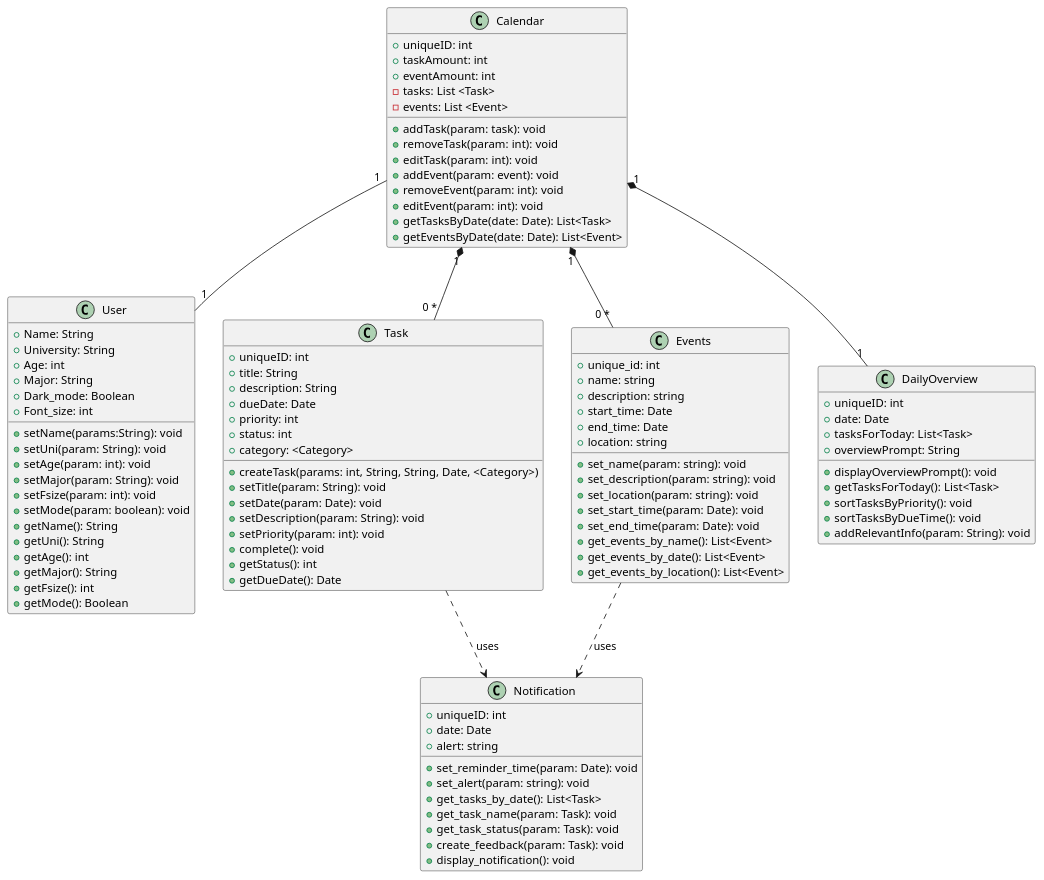
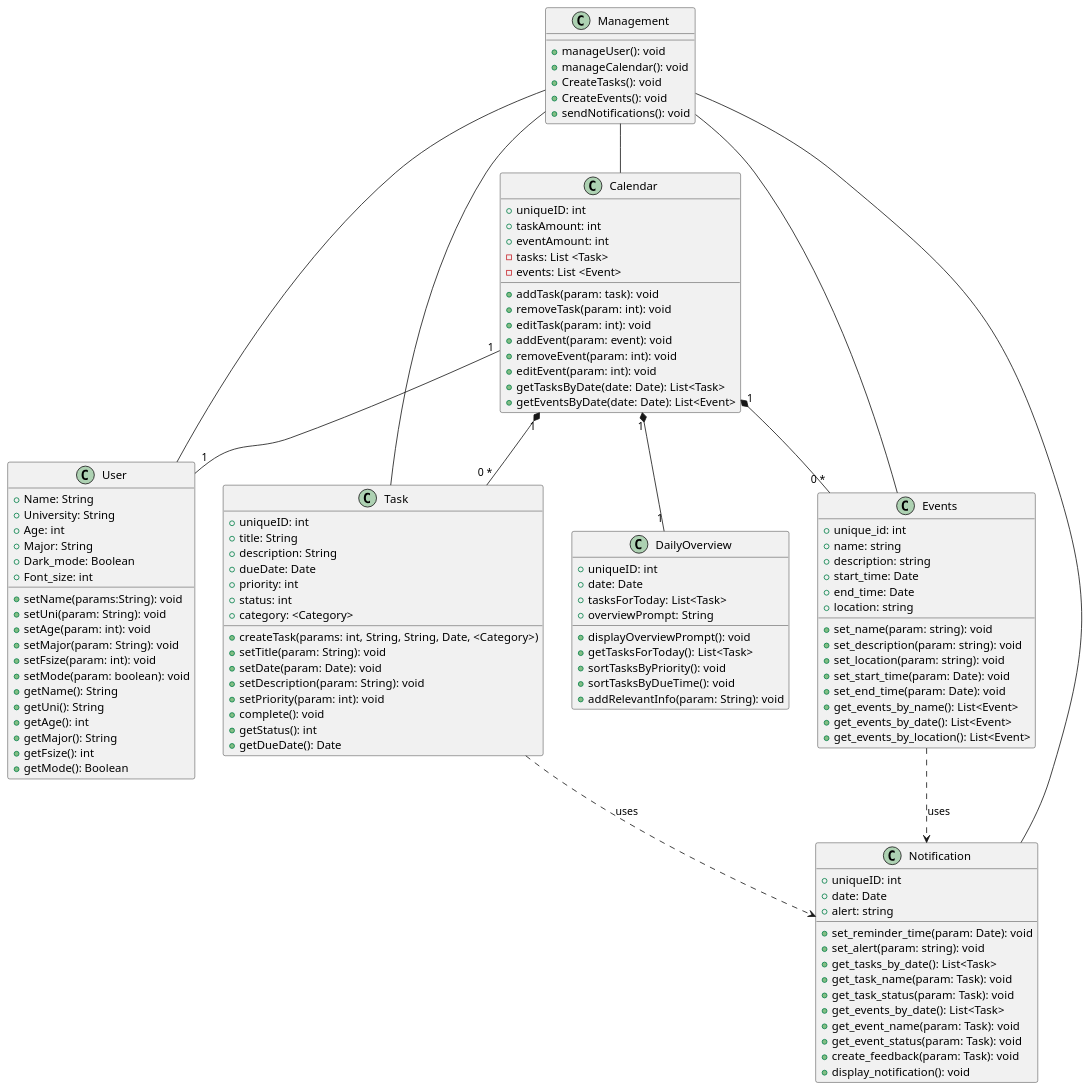
The diagram in assignment6/Diagram.puml (CS361-2024Fall-Term/Innovators), drawn with PlantUML before and after one commit.

Commit message:
add management class

```diff
--- a/assignment6/Diagram.puml
+++ b/assignment6/Diagram.puml
@@ -1,111 +1,128 @@
 @startuml
 
 class User {
   +Name: String
   +University: String
   +Age: int
   +Major: String
   +Dark_mode: Boolean
   +Font_size: int
   +setName(params:String): void
   +setUni(param: String): void
   +setAge(param: int): void
   +setMajor(param: String): void
   +setFsize(param: int): void
   +setMode(param: boolean): void
   +getName(): String
   +getUni(): String
   +getAge(): int
   +getMajor(): String
   +getFsize(): int
   +getMode(): Boolean
  
 }
 
 class Calendar{
   +uniqueID: int  
   +taskAmount: int
   +eventAmount: int
   -tasks: List <Task>
   -events: List <Event>
   +addTask(param: task): void
   +removeTask(param: int): void
   +editTask(param: int): void
   +addEvent(param: event): void
   +removeEvent(param: int): void
   +editEvent(param: int): void
   +getTasksByDate(date: Date): List<Task>
   +getEventsByDate(date: Date): List<Event>
 }
 
 class Task {
   +uniqueID: int
   +title: String
   +description: String
   +dueDate: Date
   +priority: int
   +status: int
   +category: <Category>
   +createTask(params: int, String, String, Date, <Category>)
   +setTitle(param: String): void
   +setDate(param: Date): void
   +setDescription(param: String): void
   +setPriority(param: int): void
   +complete(): void
   +getStatus(): int
   +getDueDate(): Date
 }
 
 class Notification {
   +uniqueID: int  
   +date: Date
   +alert: string
   
   +set_reminder_time(param: Date): void
   +set_alert(param: string): void
   +get_tasks_by_date(): List<Task>
   +get_task_name(param: Task): void
   +get_task_status(param: Task): void
+  +get_events_by_date(): List<Task>
+  +get_event_name(param: Task): void
+  +get_event_status(param: Task): void
   +create_feedback(param: Task): void
   +display_notification(): void
 }
 
 class Events {
   +unique_id: int  
   +name: string
   +description: string
   +start_time: Date
   +end_time: Date
   +location: string
   +set_name(param: string): void
   +set_description(param: string): void
   +set_location(param: string): void
   +set_start_time(param: Date): void
   +set_end_time(param: Date): void
   +get_events_by_name(): List<Event>
   +get_events_by_date(): List<Event>
   +get_events_by_location(): List<Event>
 }
 
 class DailyOverview {
     +uniqueID: int
     +date: Date
     +tasksForToday: List<Task>
     +overviewPrompt: String
 
     +displayOverviewPrompt(): void
     +getTasksForToday(): List<Task>
     +sortTasksByPriority(): void
     +sortTasksByDueTime(): void
     +addRelevantInfo(param: String): void
 }
 
+class Management {
+  +manageUser(): void
+  +manageCalendar(): void
+  +CreateTasks(): void
+  +CreateEvents(): void
+  +sendNotifications(): void
+}
+
+Management -- User
+Management -- Calendar
+Management -- Task
+Management -- Events
+Management -- Notification
+
 Calendar "1" -- "1" User
 Calendar "1" *-- "0 *" Task
 Calendar "1" *-- "0 *" Events
 Task ..> Notification: uses
 Events ..> Notification: uses
 Calendar "1" *-- "1" DailyOverview
 
 
 @enduml
```
